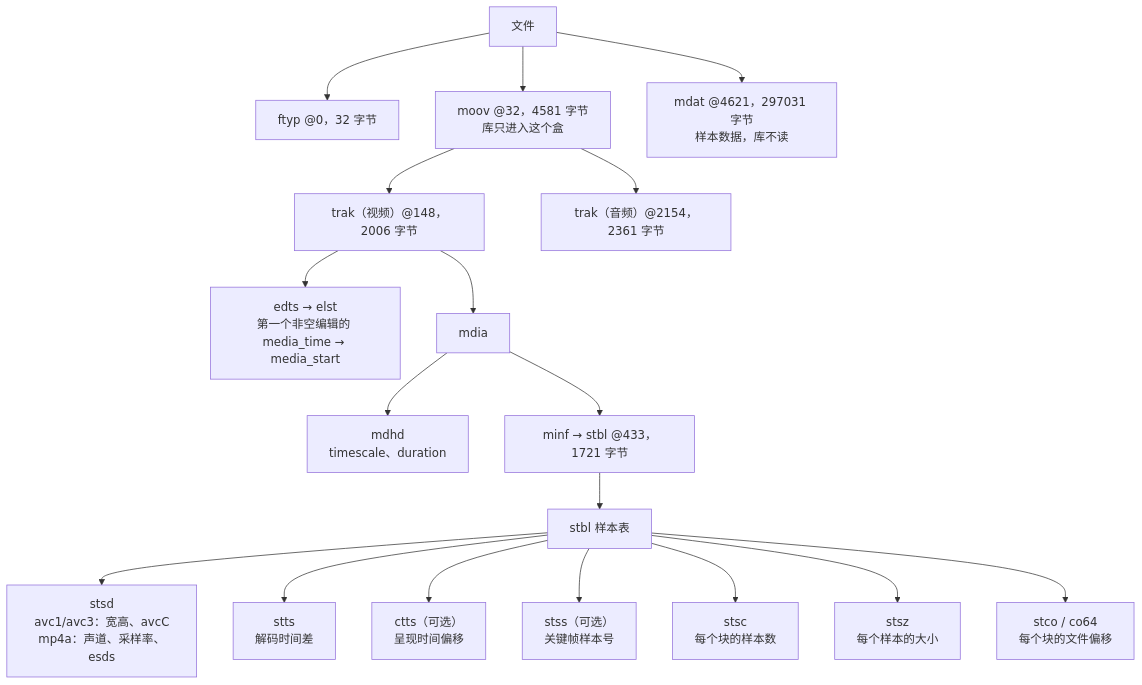
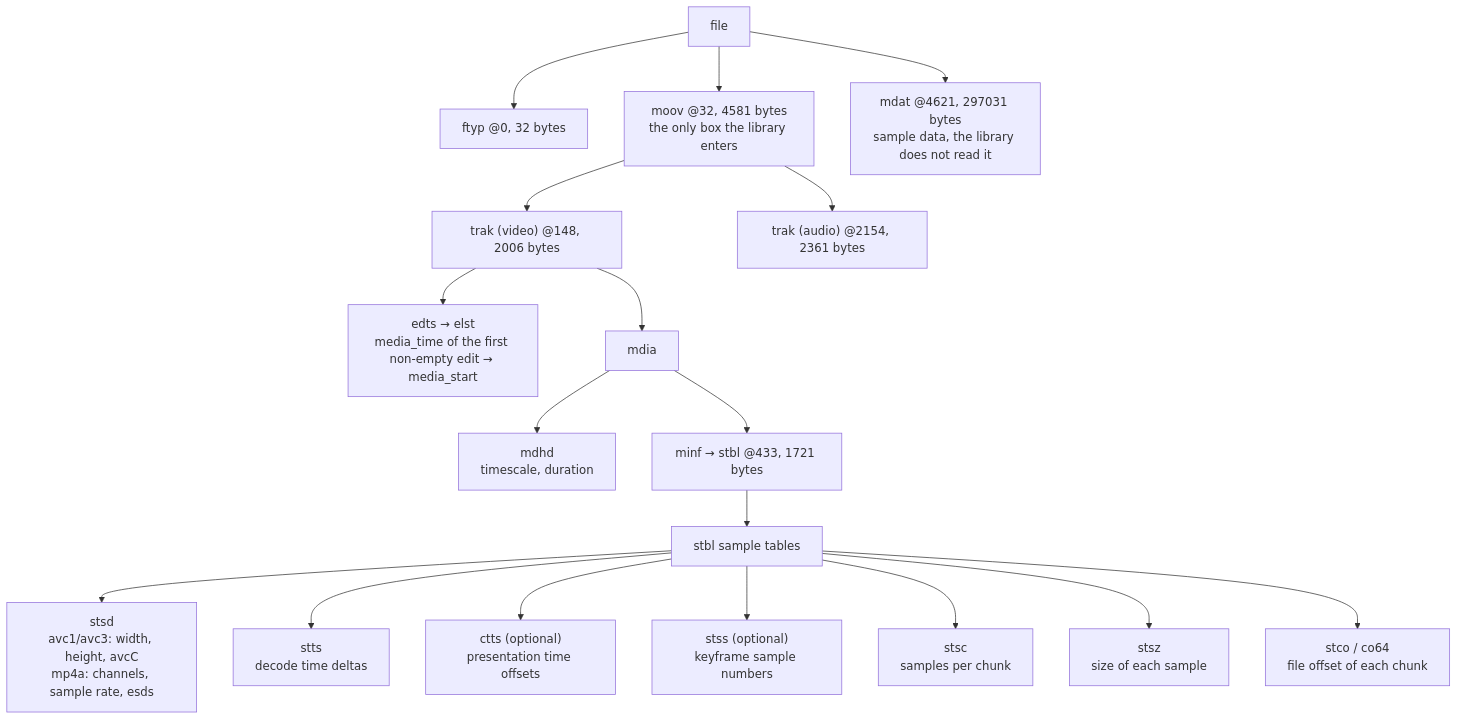
Before and after one commit to YuzukiHD/YuzukiNeko: the third of 4 diagrams in docs/src/content/docs/dev/zephyr/components/mp4.md, drawn with Mermaid. The commit also changed other lines of this file and 216 other files, not shown here.

````diff
--- a/docs/src/content/docs/dev/zephyr/components/mp4.md
+++ b/docs/src/content/docs/dev/zephyr/components/mp4.md
@@ -50,20 +50,20 @@
 ```mermaid
 flowchart TB
-    FILE["文件"] --> FTYP["ftyp @0，32 字节"]
-    FILE --> MOOV["moov @32，4581 字节<br/>库只进入这个盒"]
-    FILE --> MDAT["mdat @4621，297031 字节<br/>样本数据，库不读"]
-    MOOV --> TRAKV["trak（视频）@148，2006 字节"]
-    MOOV --> TRAKA["trak（音频）@2154，2361 字节"]
-    TRAKV --> EDTS["edts → elst<br/>第一个非空编辑的 media_time → media_start"]
+    FILE["file"] --> FTYP["ftyp @0, 32 bytes"]
+    FILE --> MOOV["moov @32, 4581 bytes<br/>the only box the library enters"]
+    FILE --> MDAT["mdat @4621, 297031 bytes<br/>sample data, the library does not read it"]
+    MOOV --> TRAKV["trak (video) @148, 2006 bytes"]
+    MOOV --> TRAKA["trak (audio) @2154, 2361 bytes"]
+    TRAKV --> EDTS["edts → elst<br/>media_time of the first non-empty edit → media_start"]
     TRAKV --> MDIA["mdia"]
-    MDIA --> MDHD["mdhd<br/>timescale、duration"]
-    MDIA --> MINF["minf → stbl @433，1721 字节"]
-    MINF --> STBL["stbl 样本表"]
-    STBL --> STSD["stsd<br/>avc1/avc3：宽高、avcC<br/>mp4a：声道、采样率、esds"]
-    STBL --> STTS["stts<br/>解码时间差"]
-    STBL --> CTTS["ctts（可选）<br/>呈现时间偏移"]
-    STBL --> STSS["stss（可选）<br/>关键帧样本号"]
-    STBL --> STSC["stsc<br/>每个块的样本数"]
-    STBL --> STSZ["stsz<br/>每个样本的大小"]
-    STBL --> STCO["stco / co64<br/>每个块的文件偏移"]
+    MDIA --> MDHD["mdhd<br/>timescale, duration"]
+    MDIA --> MINF["minf → stbl @433, 1721 bytes"]
+    MINF --> STBL["stbl sample tables"]
+    STBL --> STSD["stsd<br/>avc1/avc3: width, height, avcC<br/>mp4a: channels, sample rate, esds"]
+    STBL --> STTS["stts<br/>decode time deltas"]
+    STBL --> CTTS["ctts (optional)<br/>presentation time offsets"]
+    STBL --> STSS["stss (optional)<br/>keyframe sample numbers"]
+    STBL --> STSC["stsc<br/>samples per chunk"]
+    STBL --> STSZ["stsz<br/>size of each sample"]
+    STBL --> STCO["stco / co64<br/>file offset of each chunk"]
 ```
````
